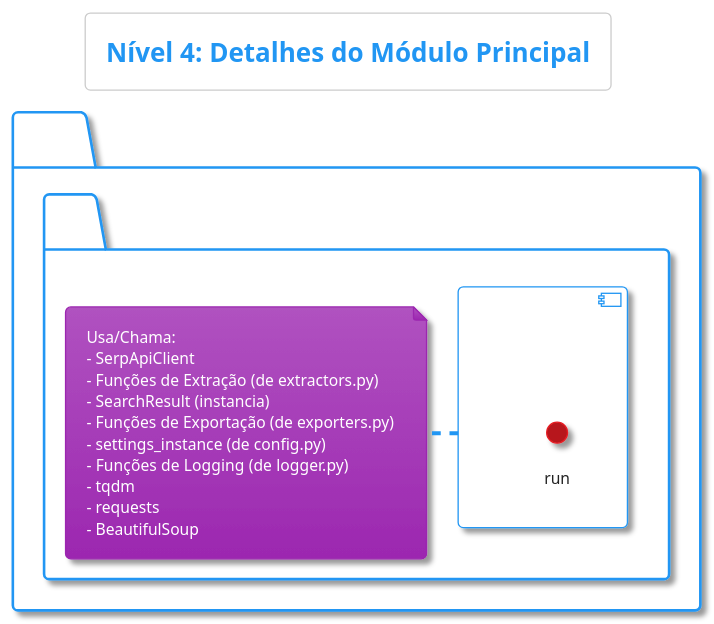
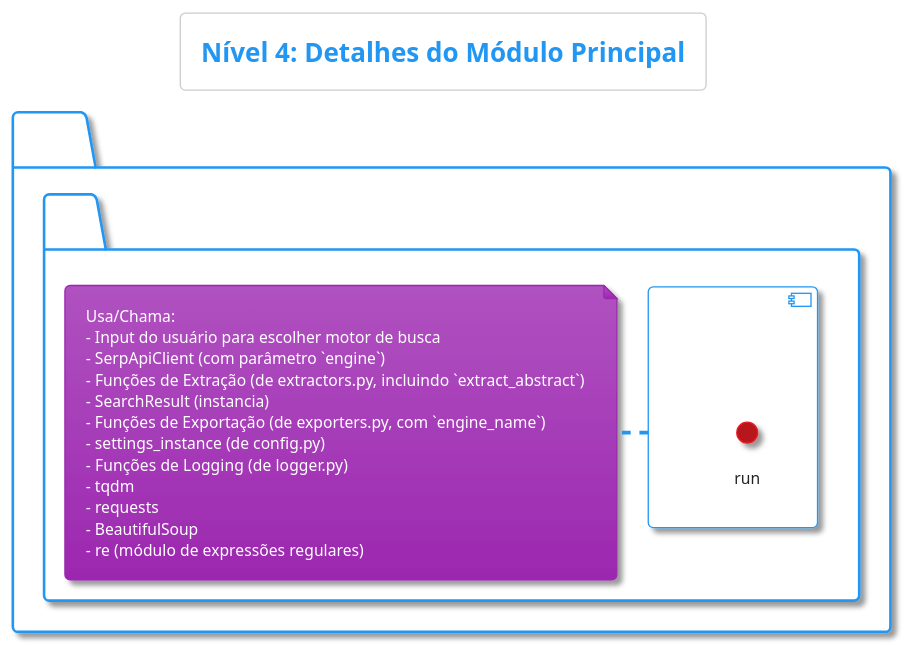
Before and after one commit to italomanzine/SoftScrape: the diagram in docs/c4_level4_main.puml, drawn with PlantUML. The commit also changed 12 other files, not shown here.

```diff
--- a/docs/c4_level4_main.puml
+++ b/docs/c4_level4_main.puml
@@ -1,27 +1,29 @@
 @startuml Main_Module_Details
 !theme materia
 skinparam linetype ortho
 skinparam BackgroundColor White
 
 title Nível 4: Detalhes do Módulo Principal
 
 package "main.py" {
   component "Lógica Principal" {
     () run
   }
   ' Para clareza, liste dependências como notas ou componentes abstratos
   ' em vez de tentar linkar através de arquivos .puml separados diretamente no diagrama.
   note right of "Lógica Principal"
     Usa/Chama:
-    - SerpApiClient
-    - Funções de Extração (de extractors.py)
+    - Input do usuário para escolher motor de busca
+    - SerpApiClient (com parâmetro `engine`)
+    - Funções de Extração (de extractors.py, incluindo `extract_abstract`)
     - SearchResult (instancia)
-    - Funções de Exportação (de exporters.py)
+    - Funções de Exportação (de exporters.py, com `engine_name`)
     - settings_instance (de config.py)
     - Funções de Logging (de logger.py)
     - tqdm
     - requests
     - BeautifulSoup
+    - re (módulo de expressões regulares)
   end note
 }
 @enduml
```
